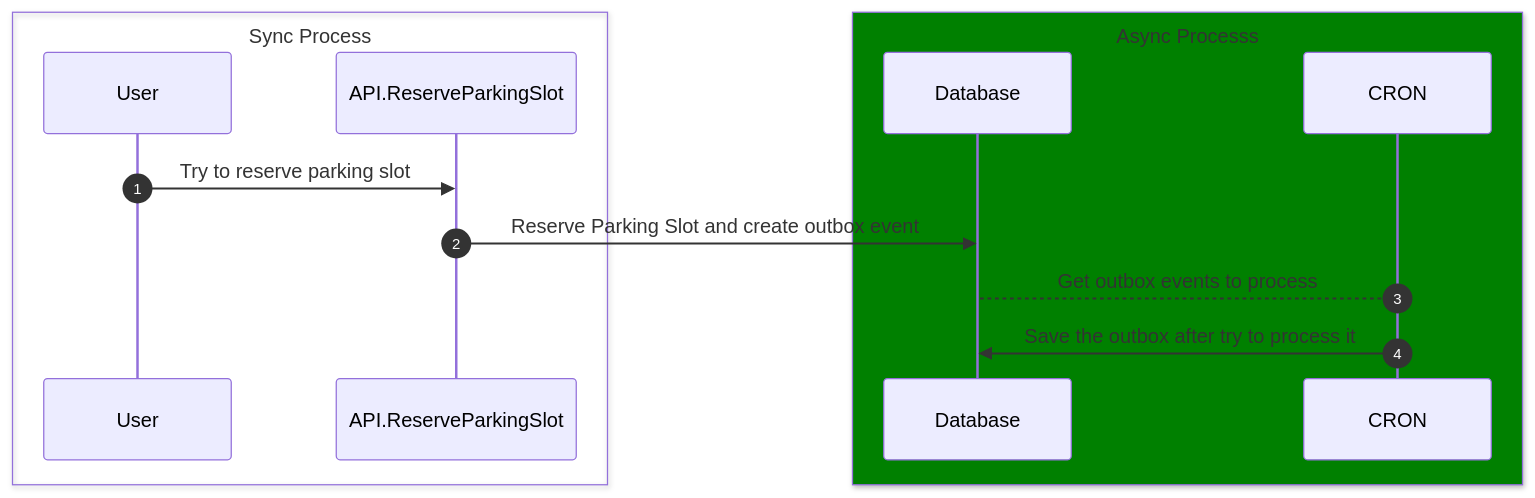
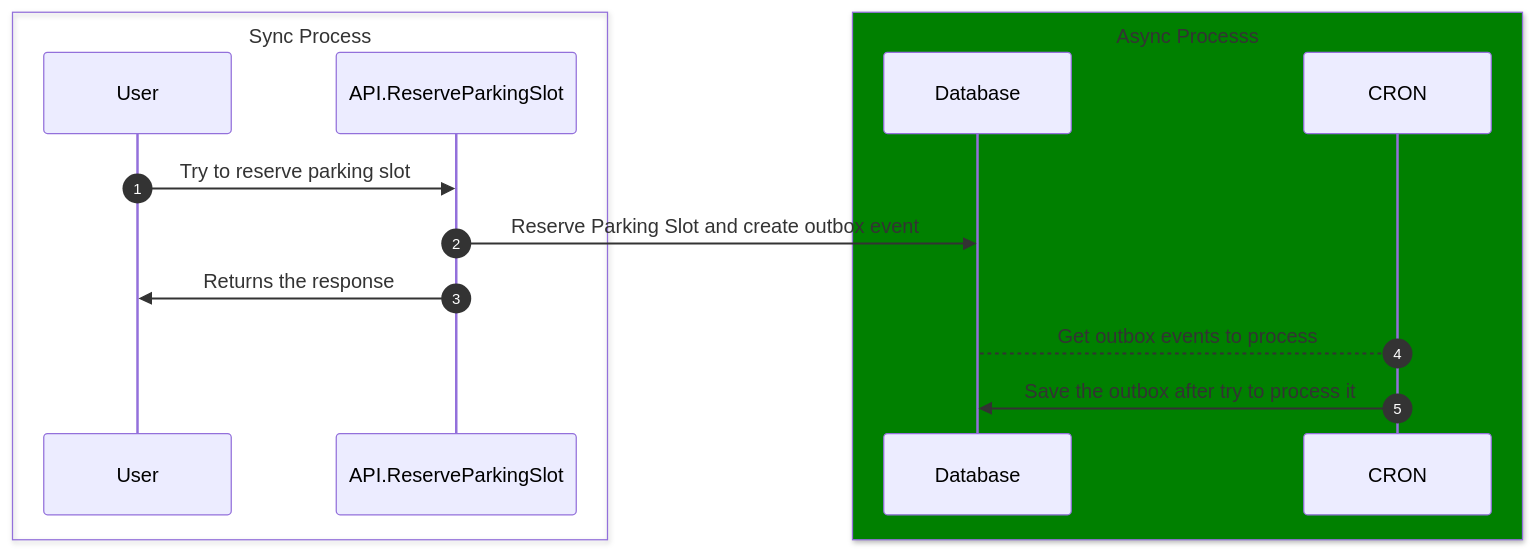
Before and after one commit to ismael3s/transactions-parking-slots: the diagram in README.md, drawn with Mermaid.

````diff
--- a/README.md
+++ b/README.md
@@ -11,20 +11,21 @@
 ```mermaid
 sequenceDiagram
 autonumber
     box Sync Process
         participant User
         participant API.ReserveParkingSlot
     end
     
     User->>API.ReserveParkingSlot: Try to reserve parking slot
     API.ReserveParkingSlot->>Database: Reserve Parking Slot and create outbox event
+    API.ReserveParkingSlot->>User: Returns the response
     box green Async Processs
         participant CRON
         participant Database
     end
 
 
     CRON-->Database: Get outbox events to process
     CRON->>Database: Save the outbox after try to process it
      
 ```
````
